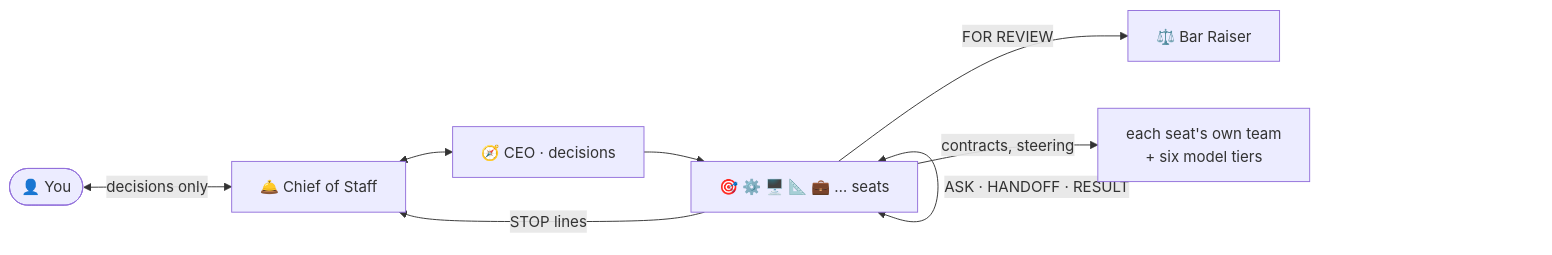
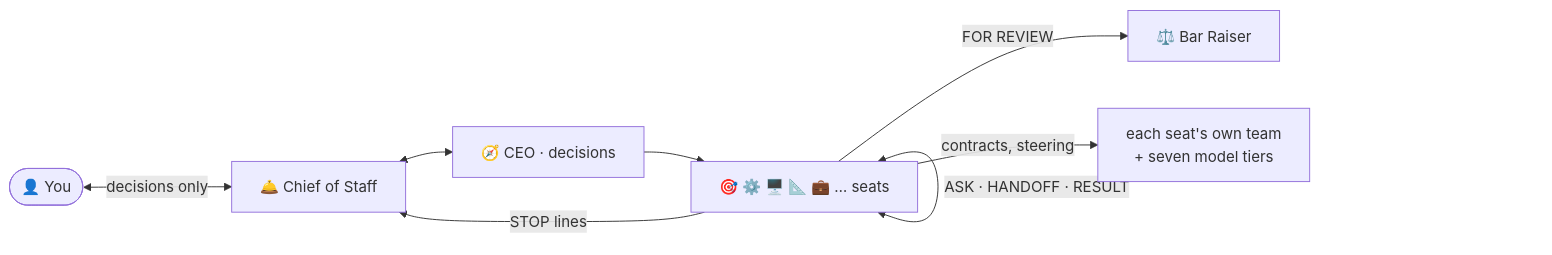
One commit to fauzulkc/agent-team changed the diagram in README.md. Above: the diagram before and after it, drawn with Mermaid. The commit also changed other lines of this file and 31 other files, not shown here.

````diff
--- a/README.md
+++ b/README.md
@@ -29,10 +20,10 @@
 ```mermaid
 flowchart LR
     you(["👤 You"]) <-->|"decisions only"| cos["🛎️ Chief of Staff"]
     cos <--> ceo["🧭 CEO · decisions"]
     ceo --> seats["🎯 ⚙️ 🖥️ 📐 💼 … seats"]
     seats <-->|"ASK · HANDOFF · RESULT"| seats
     seats -->|"FOR REVIEW"| br["⚖️ Bar Raiser"]
-    seats -->|"contracts, steering"| teams["each seat's own team<br/>+ six model tiers"]
+    seats -->|"contracts, steering"| teams["each seat's own team<br/>+ seven model tiers"]
     seats -->|"STOP lines"| cos
 ```
````
